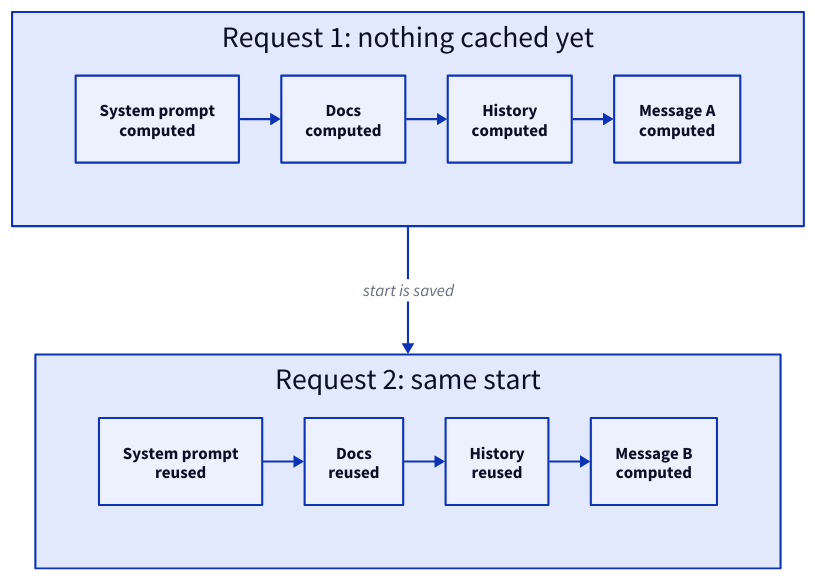
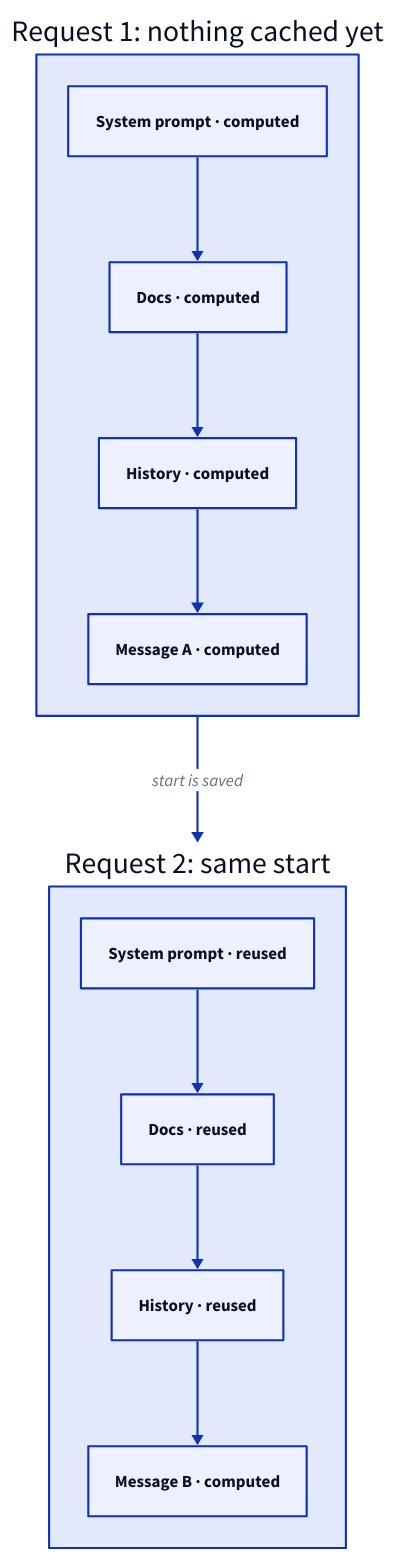
Before and after one commit to g-savitha/gsavitha.in: the first of 3 diagrams in src/content/blog/prompt-caching.md, drawn with D2. The commit also changed other lines of this file and 16 other files, not shown here.

First line of the commit message:
Fix D2 diagrams: site palette, full-width SVG, restore charts

````diff
--- a/src/content/blog/prompt-caching.md
+++ b/src/content/blog/prompt-caching.md
@@ -68,20 +68,20 @@
 ```d2
 direction: down
 R1: "Request 1: nothing cached yet" {
-  grid-columns: 4
-  A1: "System prompt\ncomputed" {class: miss}
-  A2: "Docs\ncomputed" {class: miss}
-  A3: "History\ncomputed" {class: miss}
-  A4: "Message A\ncomputed" {class: miss}
+  direction: down
+  A1: "System prompt · computed" {class: miss}
+  A2: "Docs · computed" {class: miss}
+  A3: "History · computed" {class: miss}
+  A4: "Message A · computed" {class: miss}
   A1 -> A2 -> A3 -> A4
 }
 R2: "Request 2: same start" {
-  grid-columns: 4
-  B1: "System prompt\nreused" {class: hit}
-  B2: "Docs\nreused" {class: hit}
-  B3: "History\nreused" {class: hit}
-  B4: "Message B\ncomputed" {class: miss}
+  direction: down
+  B1: "System prompt · reused" {class: hit}
+  B2: "Docs · reused" {class: hit}
+  B3: "History · reused" {class: hit}
+  B4: "Message B · computed" {class: miss}
   B1 -> B2 -> B3 -> B4
 }
 R1 -> R2: "start is saved"
 ```
````
